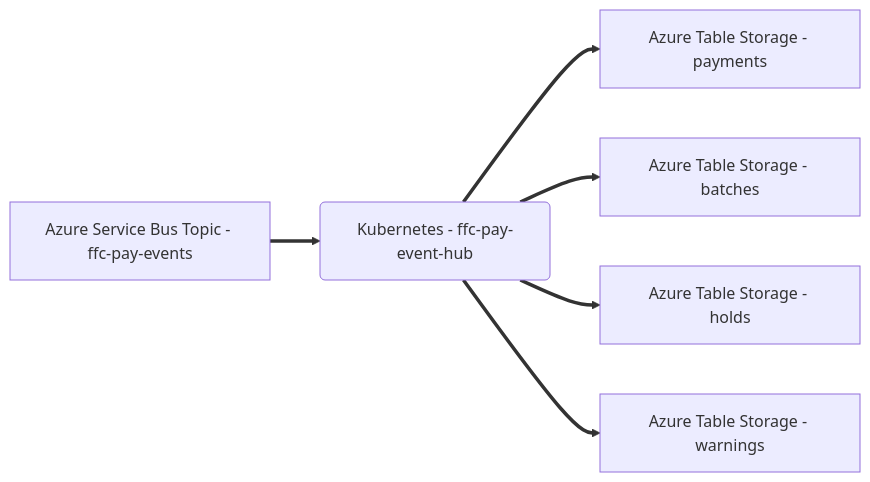
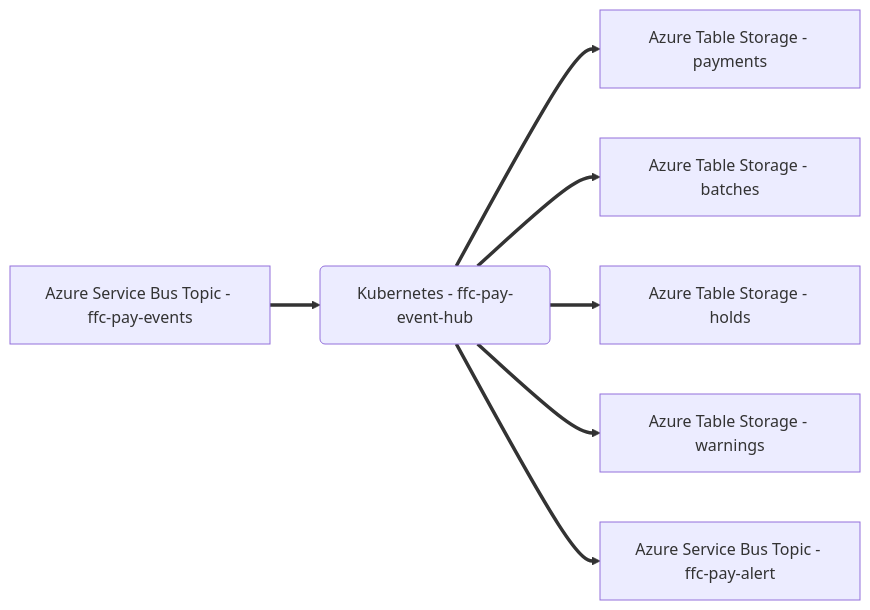
Before and after one commit to DEFRA/ffc-pay-event-hub: the diagram in README.md, drawn with Mermaid. The commit also changed other lines of this file and 21 other files, not shown here.

````diff
--- a/README.md
+++ b/README.md
@@ -7,14 +7,16 @@
 ```mermaid
 flowchart LR
 ffc-pay-event-hub(Kubernetes - ffc-pay-event-hub)
 topic-events[Azure Service Bus Topic - ffc-pay-events]
+topic-alert[Azure Service Bus Topic - ffc-pay-alert]
 storage-payments[Azure Table Storage - payments]
 storage-batches[Azure Table Storage - batches]
 storage-holds[Azure Table Storage - holds]
 storage-warnings[Azure Table Storage - warnings]
 topic-events ==> ffc-pay-event-hub
 ffc-pay-event-hub ==> storage-payments
 ffc-pay-event-hub ==> storage-batches
 ffc-pay-event-hub ==> storage-holds
 ffc-pay-event-hub ==> storage-warnings
+ffc-pay-event-hub ==> topic-alert
 ```
````
